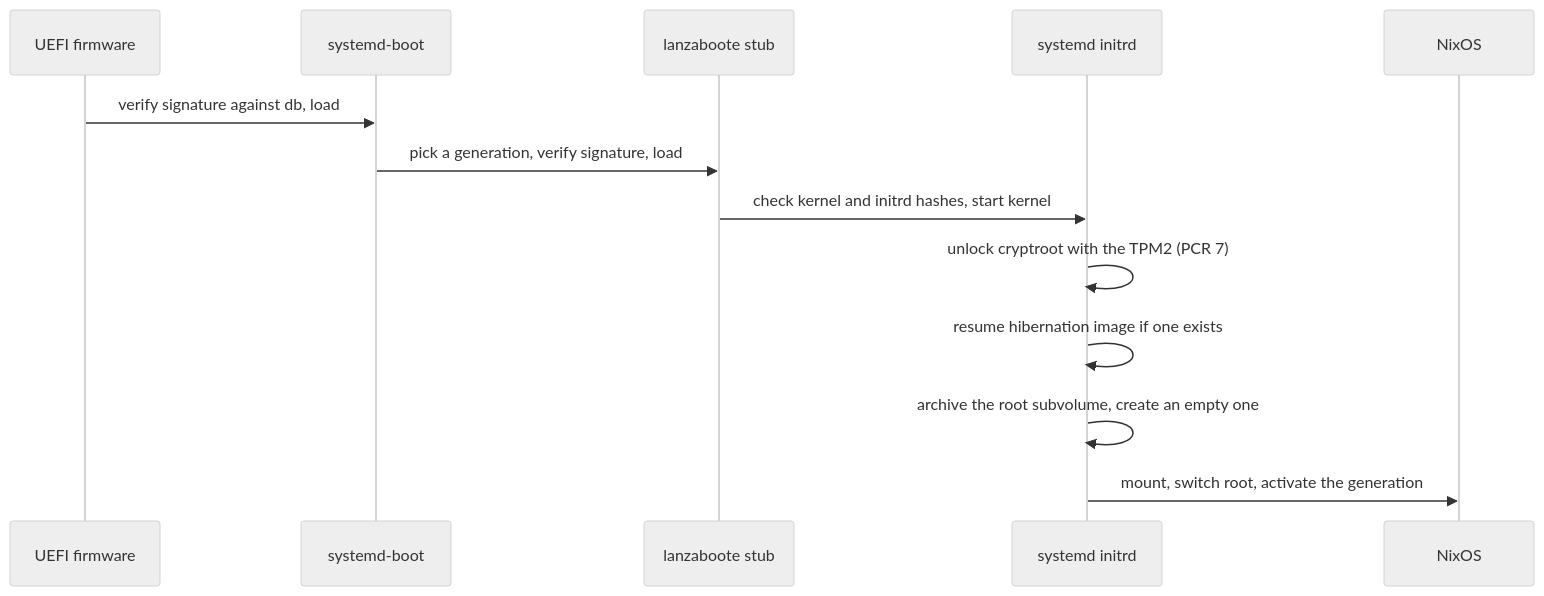
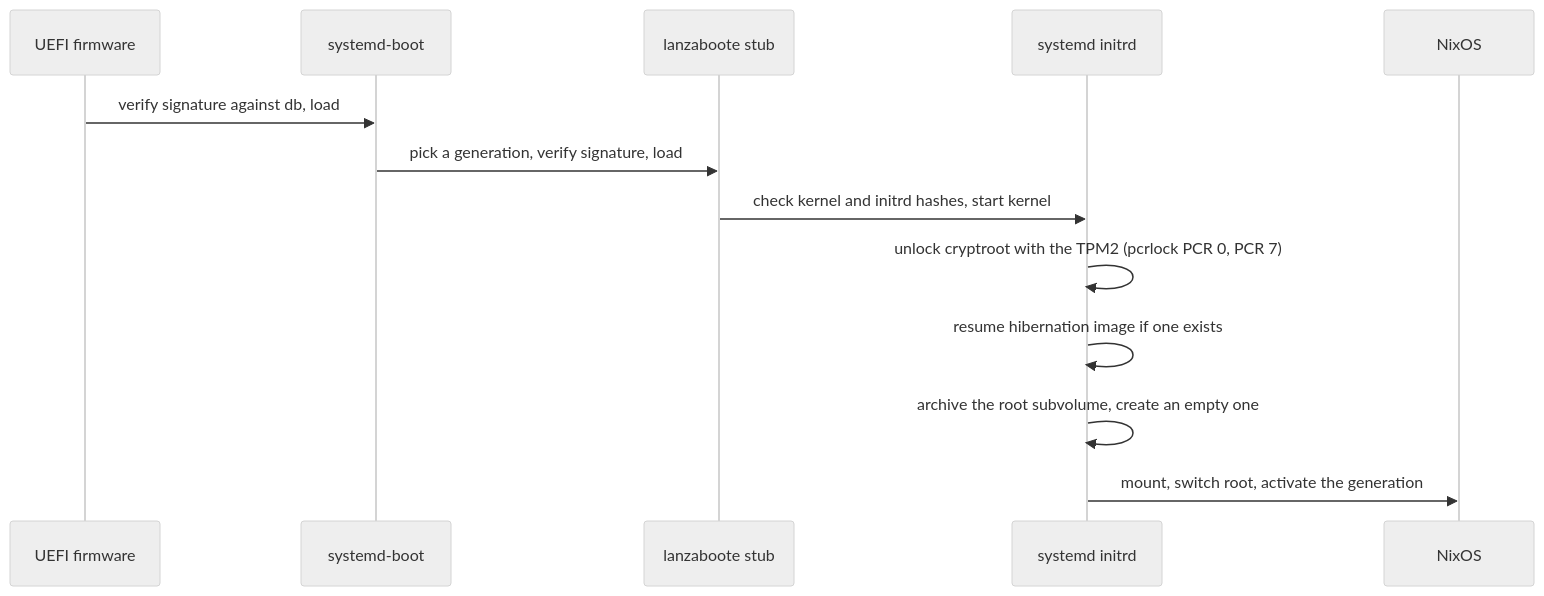
The diagram in docs/architecture/boot-chain.md (Mowsoon/nixos_config), drawn with Mermaid (neutral theme) before and after one commit. The commit also changed other lines of this file and 9 other files, not shown here.

Commit message:
Enroll the TPM2 slot against the pcrlock policy and PCR 7, and drill its recovery after a dbx update or a TPM clear

````diff
--- a/docs/architecture/boot-chain.md
+++ b/docs/architecture/boot-chain.md
@@ -9,15 +9,15 @@
 ```mermaid
 sequenceDiagram
   participant FW as UEFI firmware
   participant SB as systemd-boot
   participant ST as lanzaboote stub
   participant IR as systemd initrd
   participant OS as NixOS
   FW->>SB: verify signature against db, load
   SB->>ST: pick a generation, verify signature, load
   ST->>IR: check kernel and initrd hashes, start kernel
-  IR->>IR: unlock cryptroot with the TPM2 (PCR 7)
+  IR->>IR: unlock cryptroot with the TPM2 (pcrlock PCR 0, PCR 7)
   IR->>IR: resume hibernation image if one exists
   IR->>IR: archive the root subvolume, create an empty one
   IR->>OS: mount, switch root, activate the generation
 ```
````
